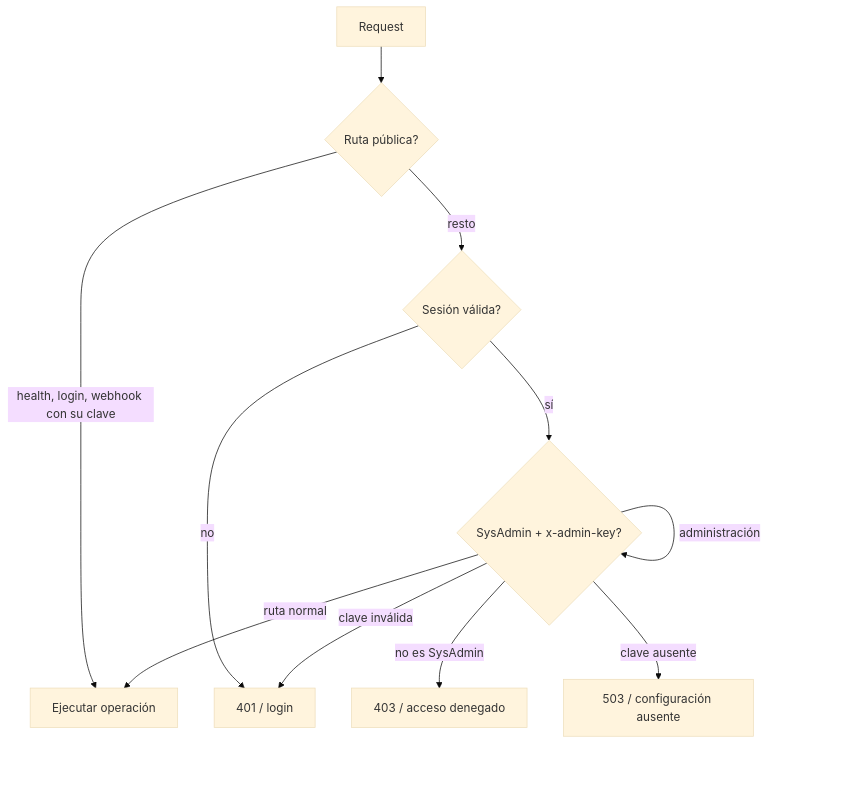
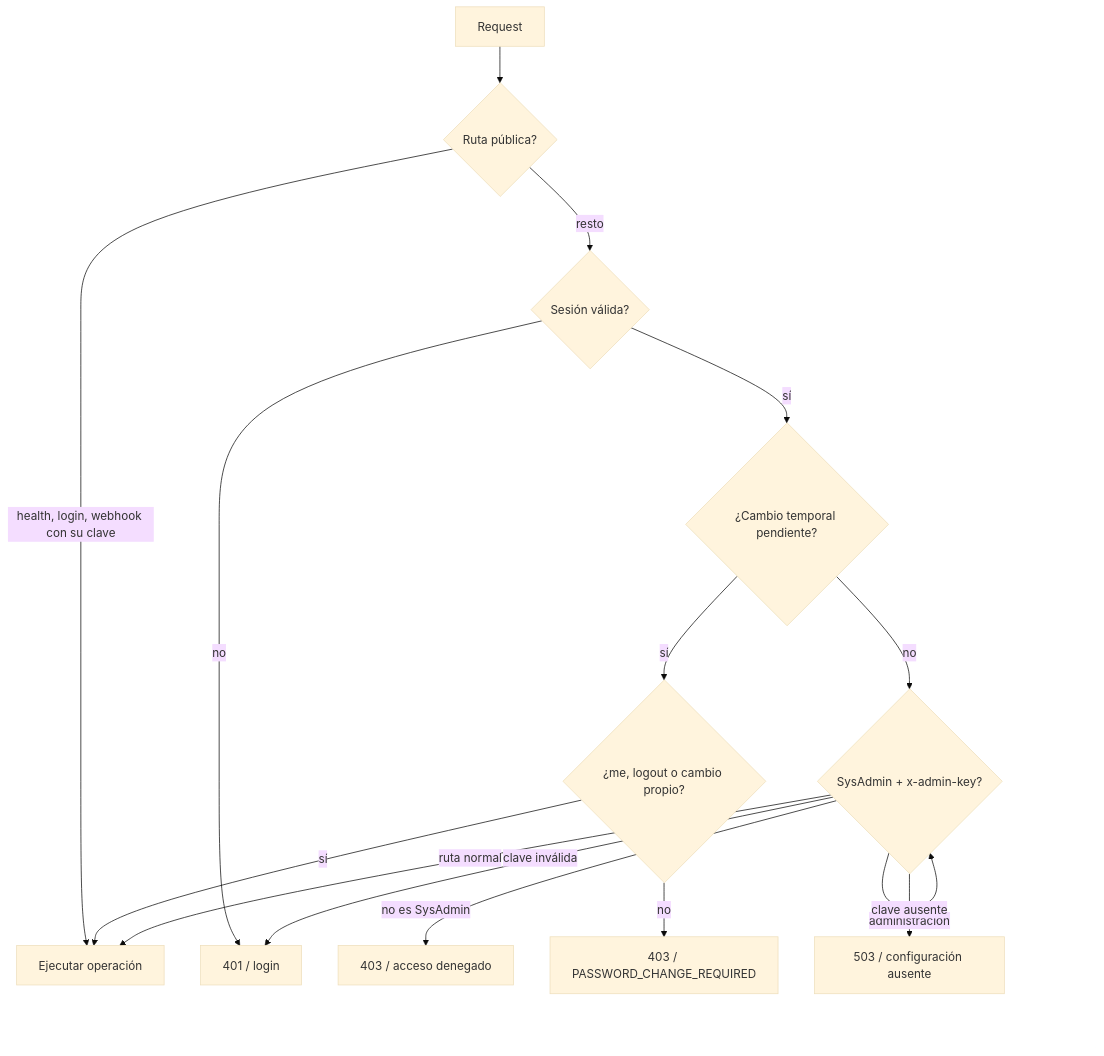
The seventh of 10 diagrams in docs/ARQUITECTURA.MD (marianoLaclau/ticketsAdmin), drawn with Mermaid (base theme) before and after one commit. The commit also changed other lines of this file and 46 other files, not shown here.

````diff
--- a/docs/ARQUITECTURA.MD
+++ b/docs/ARQUITECTURA.MD
@@ -308,22 +311,29 @@
 ```mermaid
 flowchart TD
     request[Request]
     public{Ruta pública?}
     session{Sesión válida?}
+    password{¿Cambio temporal pendiente?}
+    authOnly{¿me, logout o cambio propio?}
     admin{SysAdmin + x-admin-key?}
     allow[Ejecutar operación]
     reject401[401 / login]
     reject403[403 / acceso denegado]
+    rejectPassword[403 / PASSWORD_CHANGE_REQUIRED]
     reject503[503 / configuración ausente]
 
     request --> public
     public -->|health, login, webhook con su clave| allow
     public -->|resto| session
     session -->|no| reject401
-    session -->|sí| admin
+    session -->|sí| password
+    password -->|no| admin
+    password -->|sí| authOnly
+    authOnly -->|sí| allow
+    authOnly -->|no| rejectPassword
     admin -->|ruta normal| allow
     admin -->|administración| admin
     admin -->|no es SysAdmin| reject403
     admin -->|clave ausente| reject503
     admin -->|clave inválida| reject401
 ```
````
